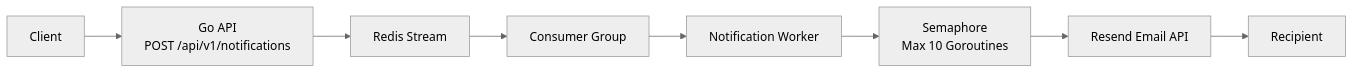
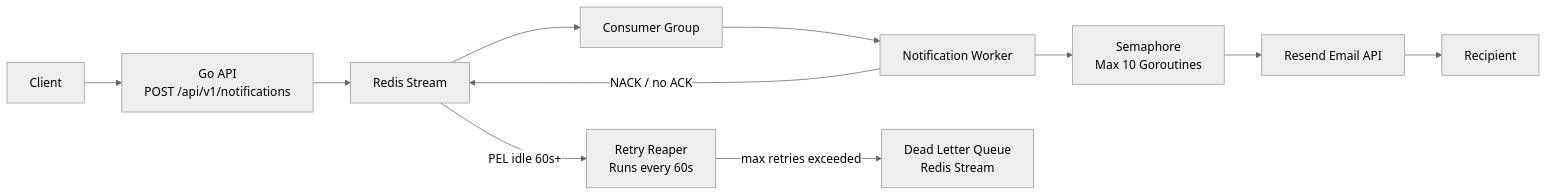
The first of 2 diagrams in README.md (Habeebamoo/intunel-backend), drawn with Mermaid (neutral theme) before and after one commit. The commit also changed other lines of this file and 2 other files, not shown here.

Commit message:
feat: implemented retry mechanism with backoff and DLQ

````diff
--- a/README.md
+++ b/README.md
@@ -9,19 +9,24 @@
 ```mermaid
 flowchart LR
     Client[Client]
     API["Go API\nPOST /api/v1/notifications"]
     Stream["Redis Stream"]
     Group["Consumer Group"]
     Worker["Notification Worker"]
     Semaphore["Semaphore\nMax 10 Goroutines"]
+    Reaper["Retry Reaper\nRuns every 60s"]
+    DLQ["Dead Letter Queue\nRedis Stream"]
     Email["Resend Email API"]
     Recipient[Recipient]
 
     Client --> API
     API --> Stream
     Stream --> Group
     Group --> Worker
     Worker --> Semaphore
     Semaphore --> Email
     Email --> Recipient
+    Worker -- "NACK / no ACK" --> Stream
+    Stream -- "PEL idle 60s+" --> Reaper
+    Reaper -- "max retries exceeded" --> DLQ
 ```
````
